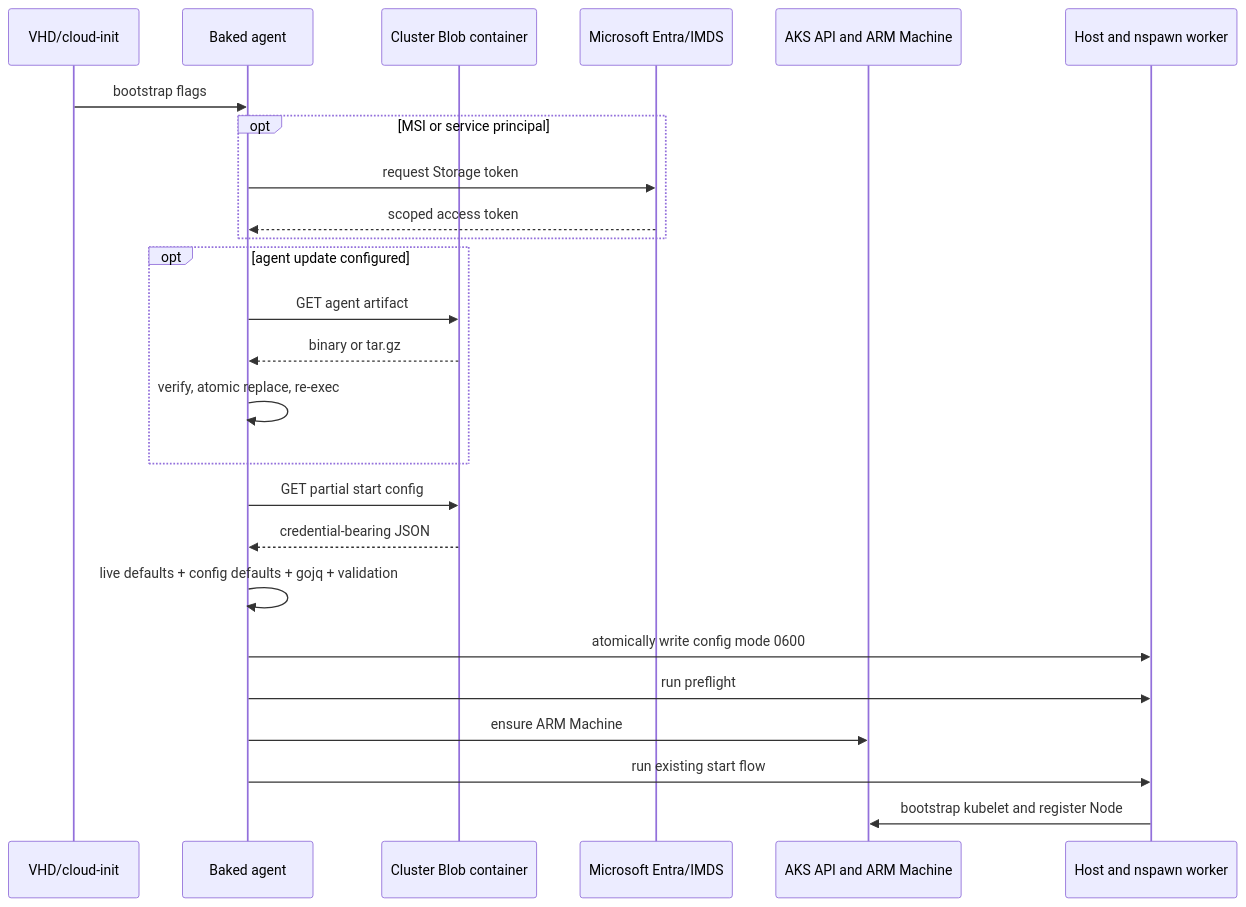
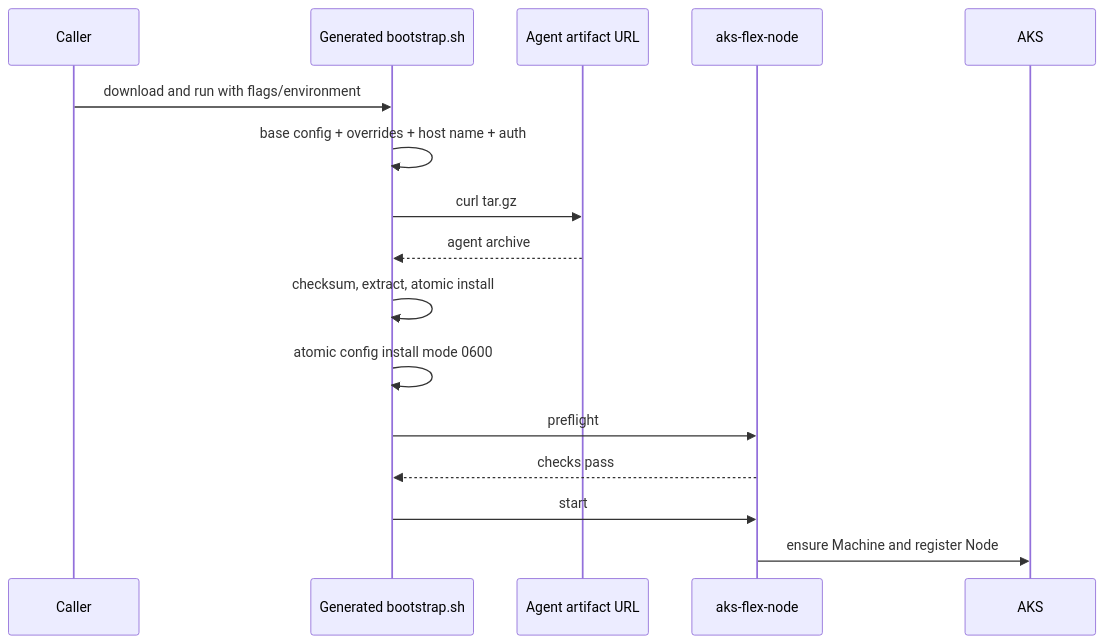
Before and after one commit to Azure/AKSFlexNode: the diagram in docs/design/storage-backed-bootstrap.md, drawn with Mermaid. The commit also changed other lines of this file and 13 other files, not shown here.

Commit message:
Replace bootstrap command with generated shell script

````diff
--- a/docs/design/storage-backed-bootstrap.md
+++ b/docs/design/storage-backed-bootstrap.md
@@ -256,28 +301,19 @@
 ```mermaid
 sequenceDiagram
-    participant Init as VHD/cloud-init
-    participant Agent as Baked agent
-    participant Blob as Cluster Blob container
-    participant Entra as Microsoft Entra/IMDS
-    participant AKS as AKS API and ARM Machine
-    participant Host as Host and nspawn worker
+    participant Caller
+    participant Script as Generated bootstrap.sh
+    participant Artifact as Agent artifact URL
+    participant Agent as aks-flex-node
+    participant AKS
 
-    Init->>Agent: bootstrap flags
-    opt MSI or service principal
-        Agent->>Entra: request Storage token
-        Entra-->>Agent: scoped access token
-    end
-    opt agent update configured
-        Agent->>Blob: GET agent artifact
-        Blob-->>Agent: binary or tar.gz
-        Agent->>Agent: verify, atomic replace, re-exec
-    end
-    Agent->>Blob: GET partial start config
-    Blob-->>Agent: credential-bearing JSON
-    Agent->>Agent: live defaults + config defaults + gojq + validation
-    Agent->>Host: atomically write config mode 0600
-    Agent->>Host: run preflight
-    Agent->>AKS: ensure ARM Machine
-    Agent->>Host: run existing start flow
-    Host->>AKS: bootstrap kubelet and register Node
+    Caller->>Script: download and run with flags/environment
+    Script->>Script: base config + overrides + host name + auth
+    Script->>Artifact: curl tar.gz
+    Artifact-->>Script: agent archive
+    Script->>Script: checksum, extract, atomic install
+    Script->>Script: atomic config install mode 0600
+    Script->>Agent: preflight
+    Agent-->>Script: checks pass
+    Script->>Agent: start
+    Agent->>AKS: ensure Machine and register Node
 ```
````
